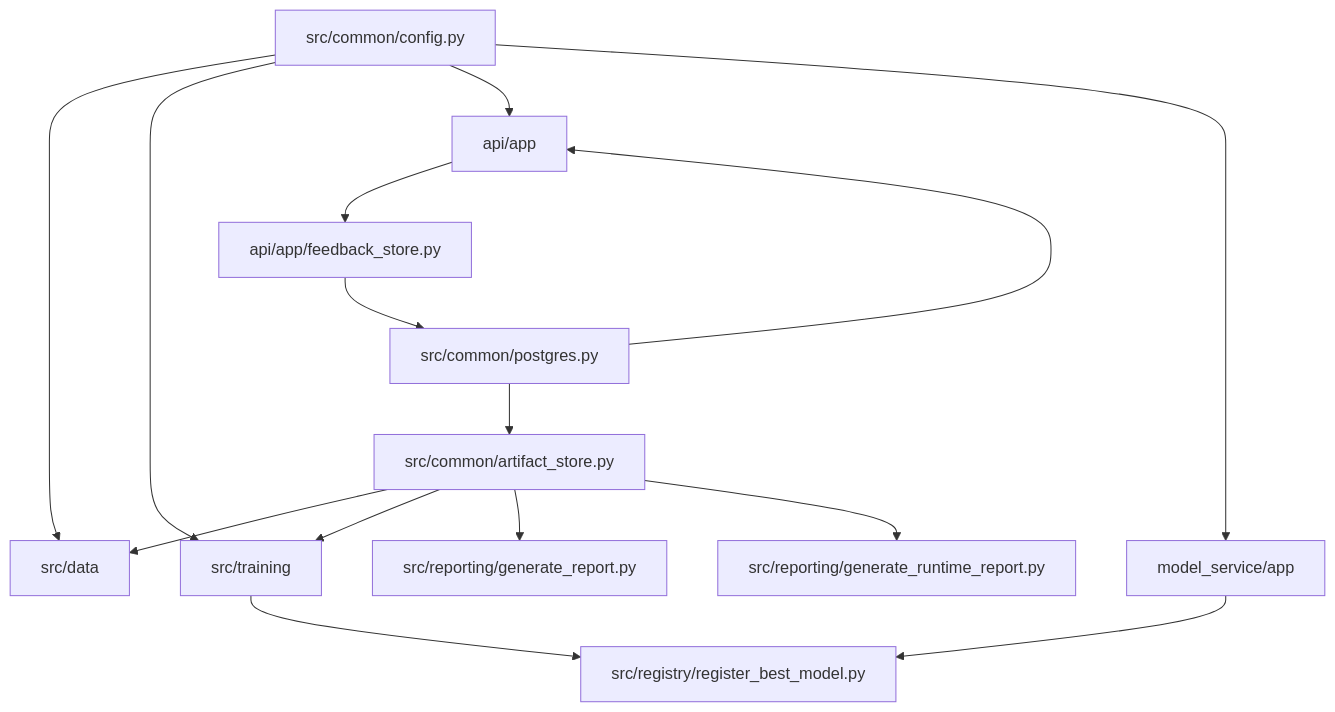
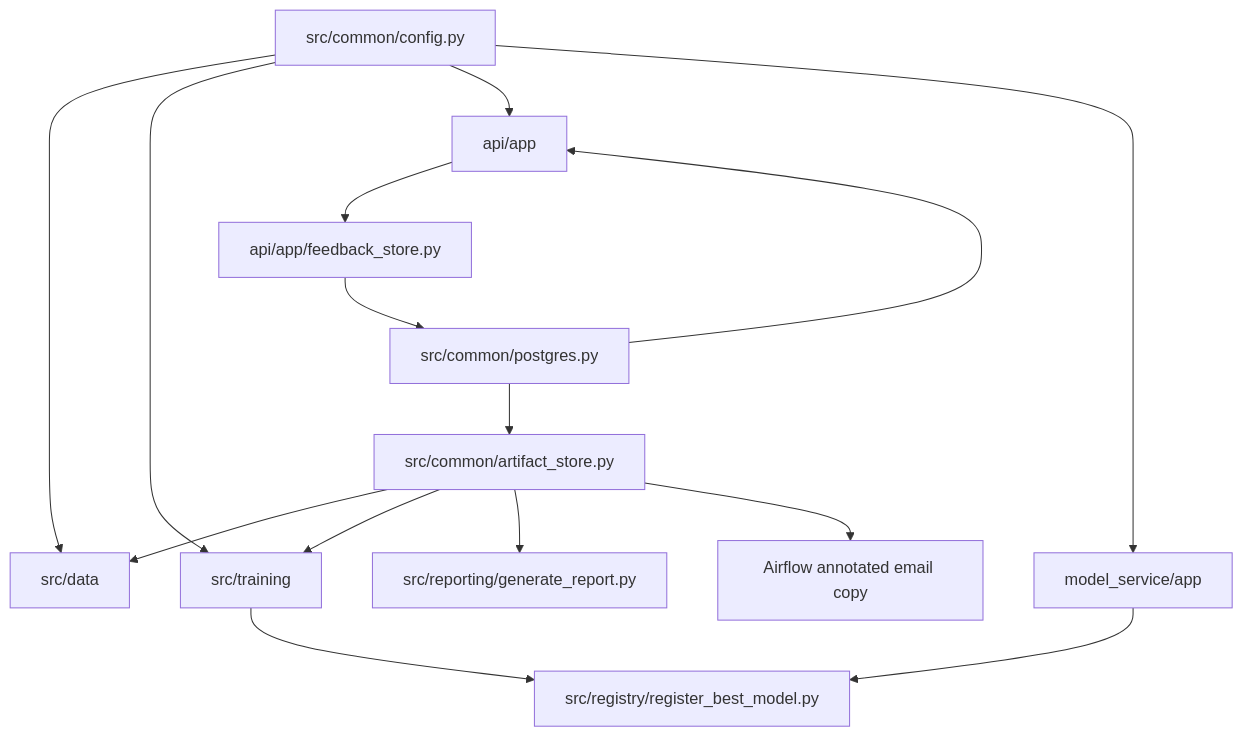
The first of 6 diagrams in docs/03_LLD.md (swadeshbalajee/galaxy_morphology_fp), drawn with Mermaid before and after one commit. The commit also changed other lines of this file and 11 other files, not shown here.

````diff
--- a/docs/03_LLD.md
+++ b/docs/03_LLD.md
@@ -5,17 +5,17 @@
 ```mermaid
 flowchart TB
   Config[src/common/config.py] --> Data[src/data]
   Config --> Train[src/training]
   Config --> API[api/app]
   Config --> Model[model_service/app]
   Postgres[src/common/postgres.py] --> API
   Postgres --> Artifact[src/common/artifact_store.py]
   Artifact --> Data
   Artifact --> Train
   Artifact --> Report[src/reporting/generate_report.py]
-  Artifact --> RuntimeReport[src/reporting/generate_runtime_report.py]
+  Artifact --> RuntimeReport[Airflow annotated email copy]
   Train --> Registry[src/registry/register_best_model.py]
   Model --> Registry
   API --> Feedback[api/app/feedback_store.py]
   Feedback --> Postgres
 ```
````
